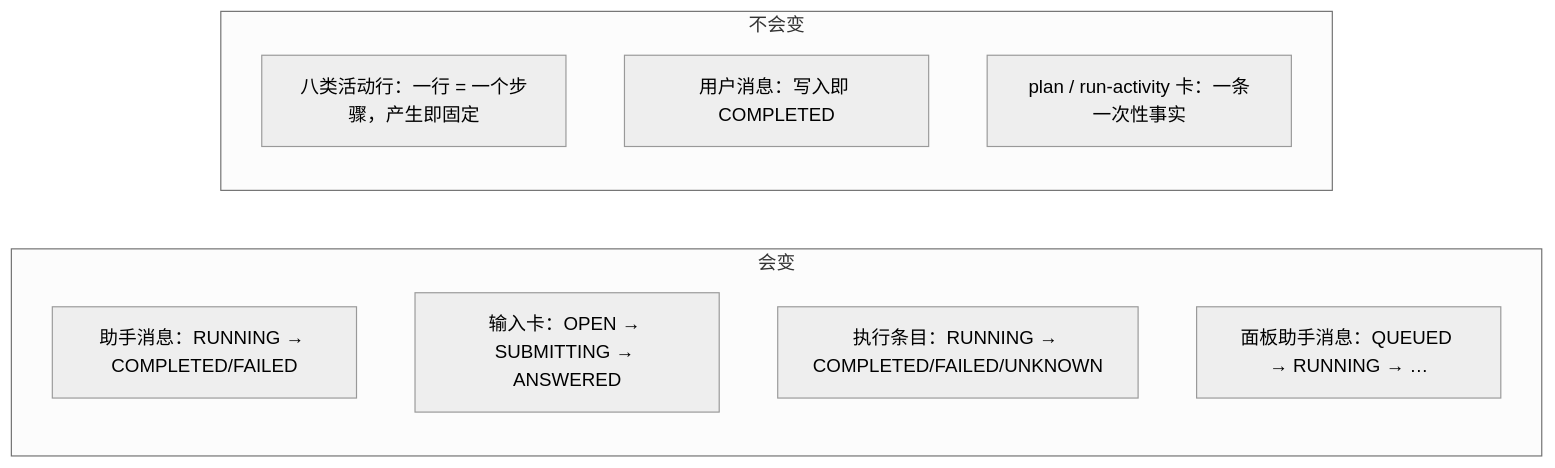
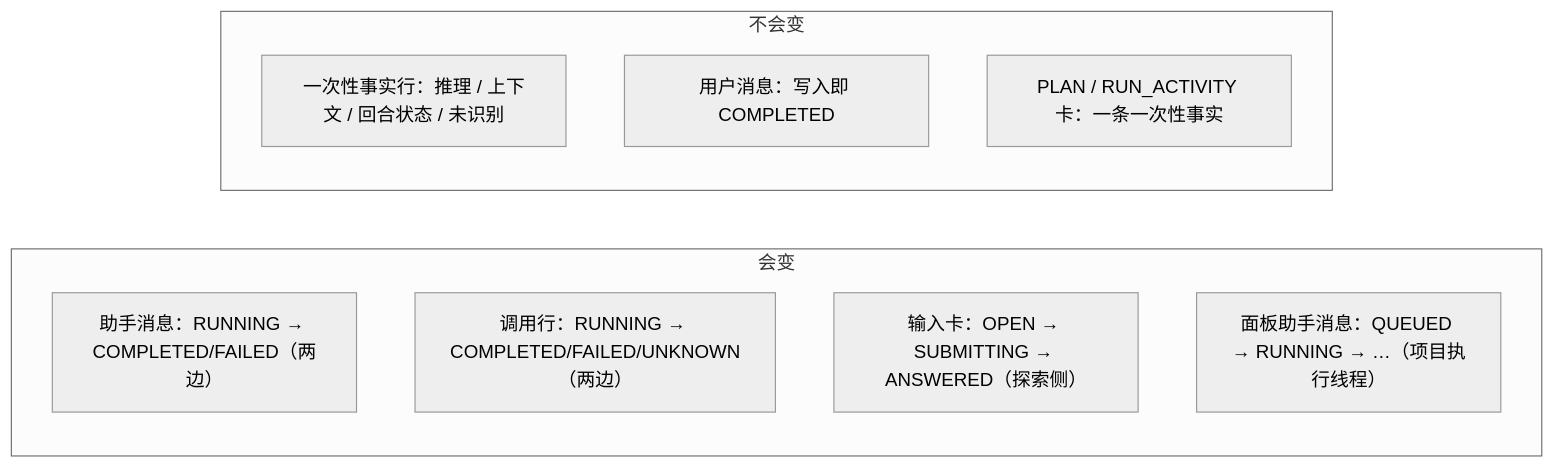
One commit to DigitalMarsh/pipeline-factory changed the tenth of 10 diagrams in docs/消息类型及事件状态机流程图.md. Above: the diagram before and after it, drawn with Mermaid (neutral theme). The commit also changed other lines of this file and 1 other file, not shown here.

First line of the commit message:
docs: 《消息类型及事件状态机流程图》按改后的代码逐节核一遍，新增 §4.4 共用词表

````diff
--- a/docs/消息类型及事件状态机流程图.md
+++ b/docs/消息类型及事件状态机流程图.md
@@ -553,14 +610,14 @@
 ```mermaid
 flowchart LR
   subgraph 会变
-    M1["助手消息：RUNNING → COMPLETED/FAILED"]
-    M2["输入卡：OPEN → SUBMITTING → ANSWERED"]
-    M3["执行条目：RUNNING → COMPLETED/FAILED/UNKNOWN"]
-    M4["面板助手消息：QUEUED → RUNNING → …"]
+    M1["助手消息：RUNNING → COMPLETED/FAILED（两边）"]
+    M2["调用行：RUNNING → COMPLETED/FAILED/UNKNOWN（两边）"]
+    M3["输入卡：OPEN → SUBMITTING → ANSWERED（探索侧）"]
+    M4["面板助手消息：QUEUED → RUNNING → …（项目执行线程）"]
   end
   subgraph 不会变
-    F1["八类活动行：一行 = 一个步骤，产生即固定"]
+    F1["一次性事实行：推理 / 上下文 / 回合状态 / 未识别"]
     F2["用户消息：写入即 COMPLETED"]
-    F3["plan / run-activity 卡：一条一次性事实"]
+    F3["PLAN / RUN_ACTIVITY 卡：一条一次性事实"]
   end
 ```
````
